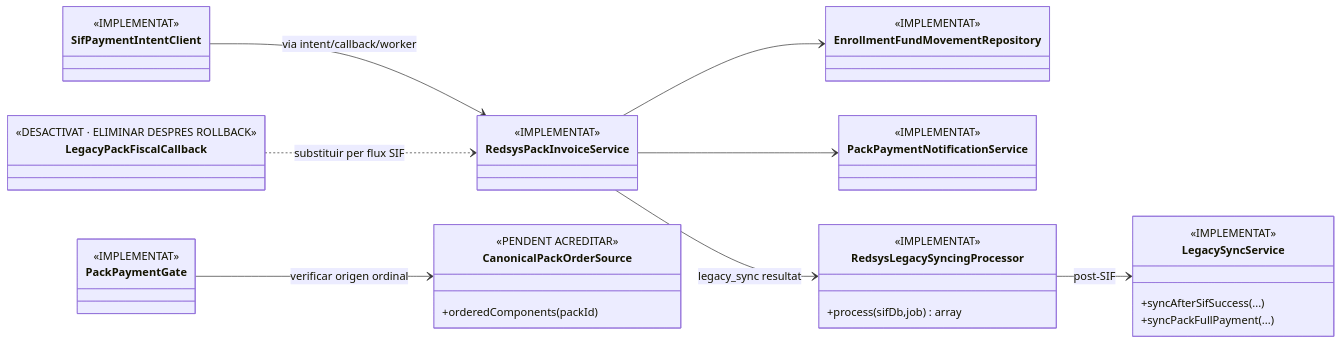
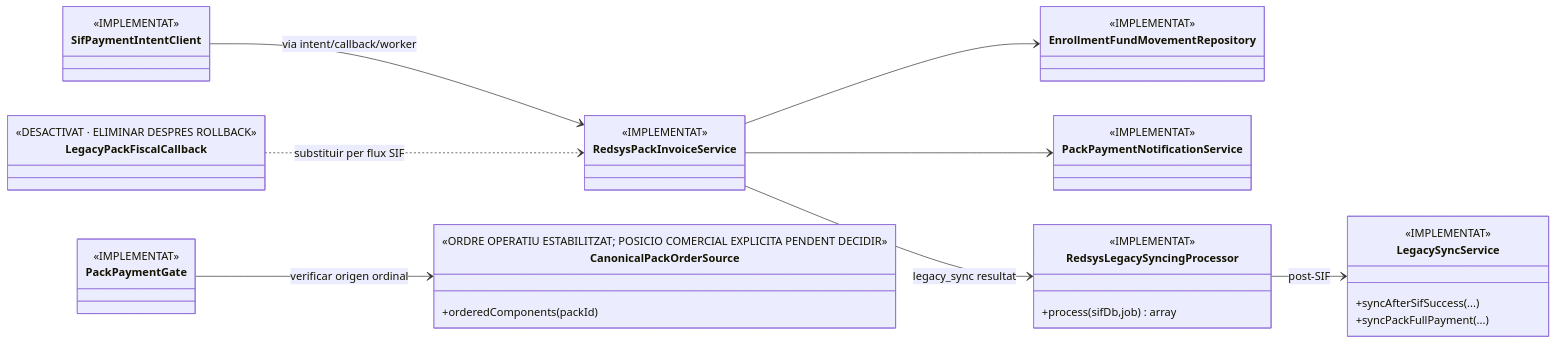
Before and after one commit to orgmeriemprismacat-del/verifactu: the third of 3 diagrams in documentacio/07-uml-integrat/uc-015-classes-actual-final.md, drawn with Mermaid. The commit also changed other lines of this file, not shown here.

````diff
--- a/documentacio/07-uml-integrat/uc-015-classes-actual-final.md
+++ b/documentacio/07-uml-integrat/uc-015-classes-actual-final.md
@@ -145,43 +145,43 @@
 ```mermaid
 classDiagram
 direction LR
 class PackPaymentGate {
   <<IMPLEMENTAT>>
 }
 class SifPaymentIntentClient {
   <<IMPLEMENTAT>>
 }
 class RedsysPackInvoiceService {
   <<IMPLEMENTAT>>
 }
 class EnrollmentFundMovementRepository {
   <<IMPLEMENTAT>>
 }
 class PackPaymentNotificationService {
   <<IMPLEMENTAT>>
 }
 class LegacyPackFiscalCallback {
   <<DESACTIVAT · ELIMINAR DESPRES ROLLBACK>>
 }
 class CanonicalPackOrderSource {
-  <<PENDENT ACREDITAR>>
+  <<ORDRE OPERATIU ESTABILITZAT; POSICIO COMERCIAL EXPLICITA PENDENT DECIDIR>>
   +orderedComponents(packId)
 }
 class RedsysLegacySyncingProcessor {
   <<IMPLEMENTAT>>
   +process(sifDb,job) array
 }
 class LegacySyncService {
   <<IMPLEMENTAT>>
   +syncAfterSifSuccess(...)
   +syncPackFullPayment(...)
 }
 
 PackPaymentGate --> CanonicalPackOrderSource : verificar origen ordinal
 SifPaymentIntentClient --> RedsysPackInvoiceService : via intent/callback/worker
 RedsysPackInvoiceService --> EnrollmentFundMovementRepository
 RedsysPackInvoiceService --> PackPaymentNotificationService
 RedsysPackInvoiceService --> RedsysLegacySyncingProcessor : legacy_sync resultat
 RedsysLegacySyncingProcessor --> LegacySyncService : post-SIF
 LegacyPackFiscalCallback ..> RedsysPackInvoiceService : substituir per flux SIF
 ```
````
